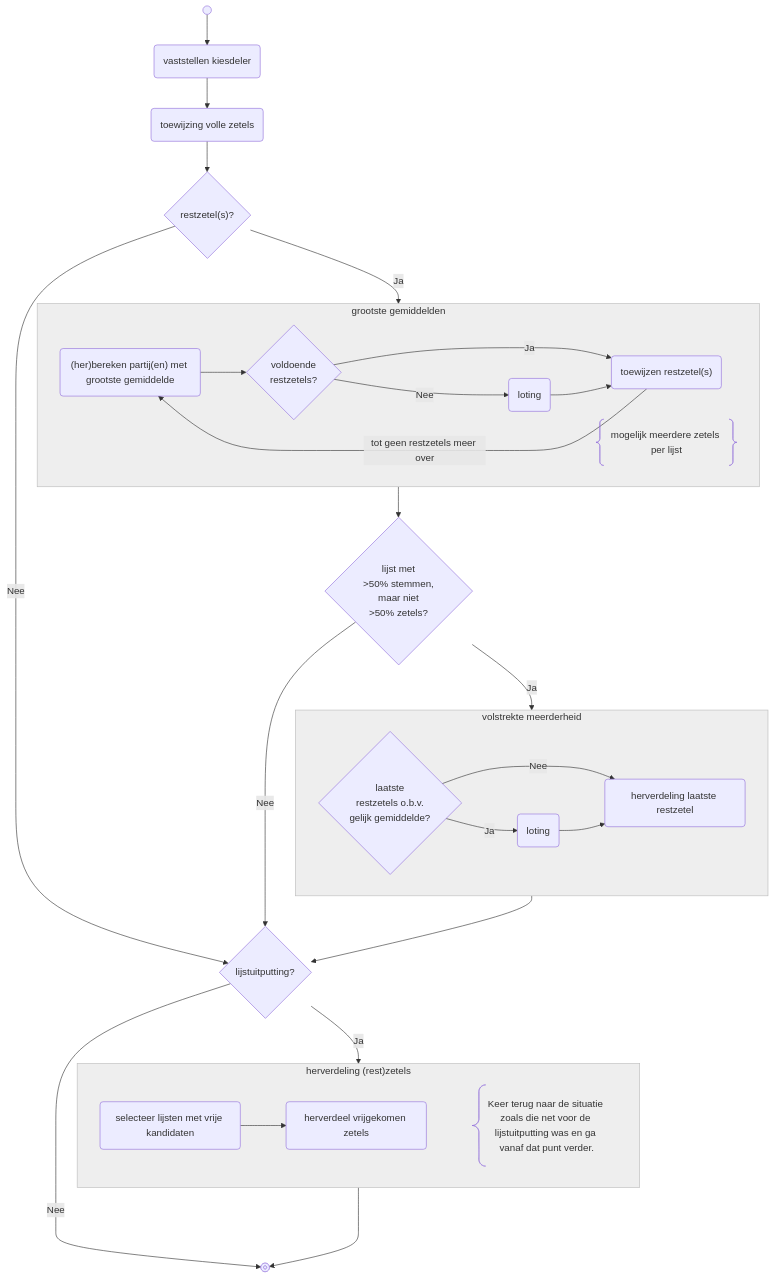
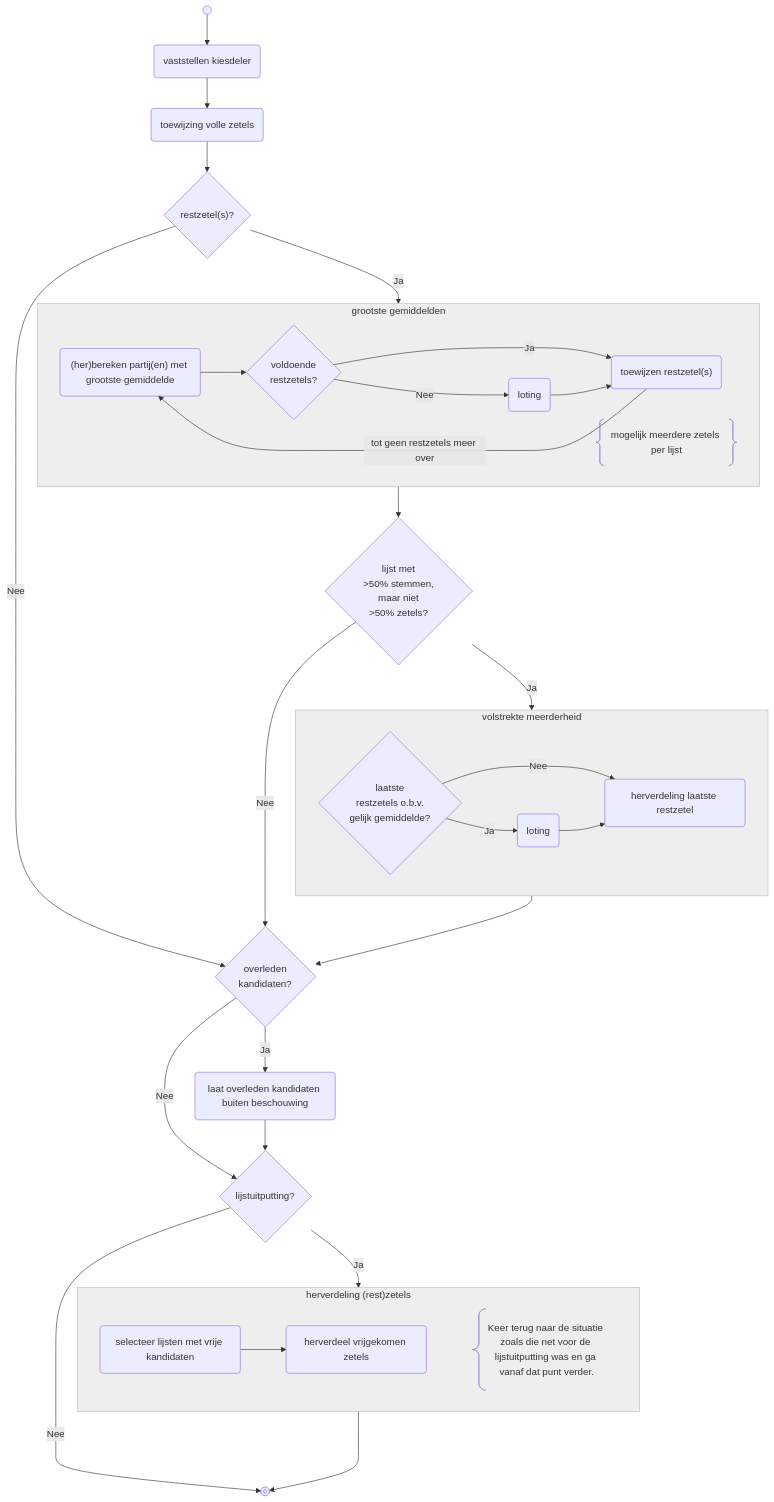
The first of 2 diagrams in verkiezingsproces/zetelverdeling-GR-flowchart.md (kiesraad/abacus-documentatie), drawn with Mermaid before and after one commit. The commit also changed other lines of this file, not shown here.

Commit message:
adds steps for overleden kandidaten to flowcharts zetelverdeling

````diff
--- a/verkiezingsproces/zetelverdeling-GR-flowchart.md
+++ b/verkiezingsproces/zetelverdeling-GR-flowchart.md
@@ -8,74 +8,81 @@
 ```mermaid
 flowchart
     %% styling
     classDef greyFill fill:#eee,stroke:#bbb;
 
     %% elements
     flow_start@{ shape: sm-circ, label: "start" }
     flow_end@{ shape: framed-circle, label: "end" }
 
     vaststellen_kiesdeler(vaststellen kiesdeler)
     toewijzing_volle_zetels(toewijzing volle zetels)
 
     restzetels{"restzetel(s)?"}
 
     bereken_partijen_met_grootste_gemiddelde("(her)bereken partij(en) met grootste gemiddelde")
     voldoende_restzetels{voldoende<br/>restzetels?}
     loting_grootste_gemiddelden(loting)
     toewijzen_restzetels("toewijzen restzetel(s)")
 
     meerderheid_aan_stemmen_maar_niet_zetels{lijst met<br/>>50% stemmen,<br/>maar niet<br/>>50% zetels?}
     laatste_restzetels_obv_gelijk_gemiddelde{laatste<br/>restzetels o.b.v.<br/>gelijk gemiddelde?}
     loting_volstrekte_meerderheid(loting)
     herverdeling_laatste_restzetel(herverdeling laatste restzetel)
 
+    overleden_kandidaten{"overleden<br/>kandidaten?"}
+    overleden_kandidaten_buiten_beschouwing("laat overleden kandidaten buiten beschouwing")
+
     lijstuitputting{"lijstuitputting?"}
     lijsten_met_vrije_kandidaten("selecteer lijsten met vrije kandidaten")
     herverdeling_vrijgekomen_zetels("herverdeel vrijgekomen zetels")
 
     %% flow
     flow_start --> vaststellen_kiesdeler
     vaststellen_kiesdeler --> toewijzing_volle_zetels
     toewijzing_volle_zetels --> restzetels
 
-    restzetels -->|Nee| lijstuitputting
+    restzetels -->|Nee| overleden_kandidaten
     restzetels -->|Ja| grootste_gemiddelden
 
     subgraph grootste_gemiddelden["grootste gemiddelden"]
         direction LR
         bereken_partijen_met_grootste_gemiddelde --> voldoende_restzetels
         voldoende_restzetels -->|Ja| toewijzen_restzetels
         voldoende_restzetels -->|Nee| loting_grootste_gemiddelden
         loting_grootste_gemiddelden --> toewijzen_restzetels
         toewijzen_restzetels -->|tot geen restzetels meer over| bereken_partijen_met_grootste_gemiddelde
         comment_grootste_gemiddelden@{ shape: braces, label: "mogelijk meerdere zetels per lijst" }
     end
     class grootste_gemiddelden greyFill;
 
     grootste_gemiddelden --> meerderheid_aan_stemmen_maar_niet_zetels
     meerderheid_aan_stemmen_maar_niet_zetels -->|Ja| volstrekte_meerderheid
-    meerderheid_aan_stemmen_maar_niet_zetels --->|Nee| lijstuitputting
+    meerderheid_aan_stemmen_maar_niet_zetels --->|Nee| overleden_kandidaten
 
     subgraph volstrekte_meerderheid["volstrekte meerderheid"]
         direction LR
         laatste_restzetels_obv_gelijk_gemiddelde -->|Ja| loting_volstrekte_meerderheid
         laatste_restzetels_obv_gelijk_gemiddelde -->|Nee| herverdeling_laatste_restzetel
         loting_volstrekte_meerderheid --> herverdeling_laatste_restzetel
     end
     class volstrekte_meerderheid greyFill;
 
-    volstrekte_meerderheid --> lijstuitputting
+    volstrekte_meerderheid --> overleden_kandidaten
+
+    overleden_kandidaten -->|Nee| lijstuitputting
+    overleden_kandidaten -->|Ja| overleden_kandidaten_buiten_beschouwing
+    overleden_kandidaten_buiten_beschouwing --> lijstuitputting
     
     lijstuitputting -->|Ja| herverdeling_restzetels
     lijstuitputting --->|Nee| flow_end
 
     subgraph herverdeling_restzetels["herverdeling (rest)zetels"]
         direction LR
         lijsten_met_vrije_kandidaten --> herverdeling_vrijgekomen_zetels
         herverdeling@{ shape: comment, label: "Keer terug naar de situatie zoals die net voor de lijstuitputting was en ga vanaf dat punt verder." }
         herverdeling_vrijgekomen_zetels ~~~ herverdeling
     end
     class herverdeling_restzetels greyFill;
 
     herverdeling_restzetels ---> flow_end
 ```
````
